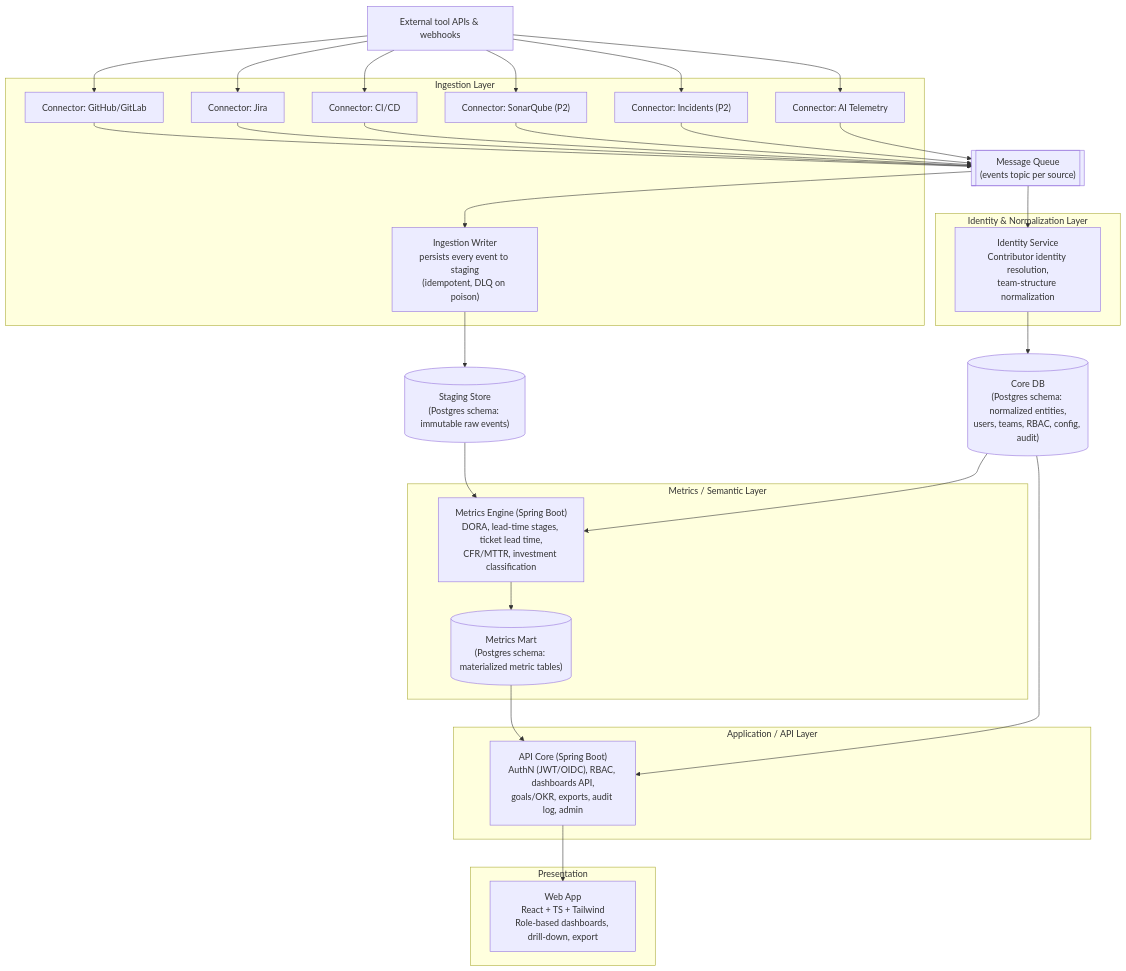
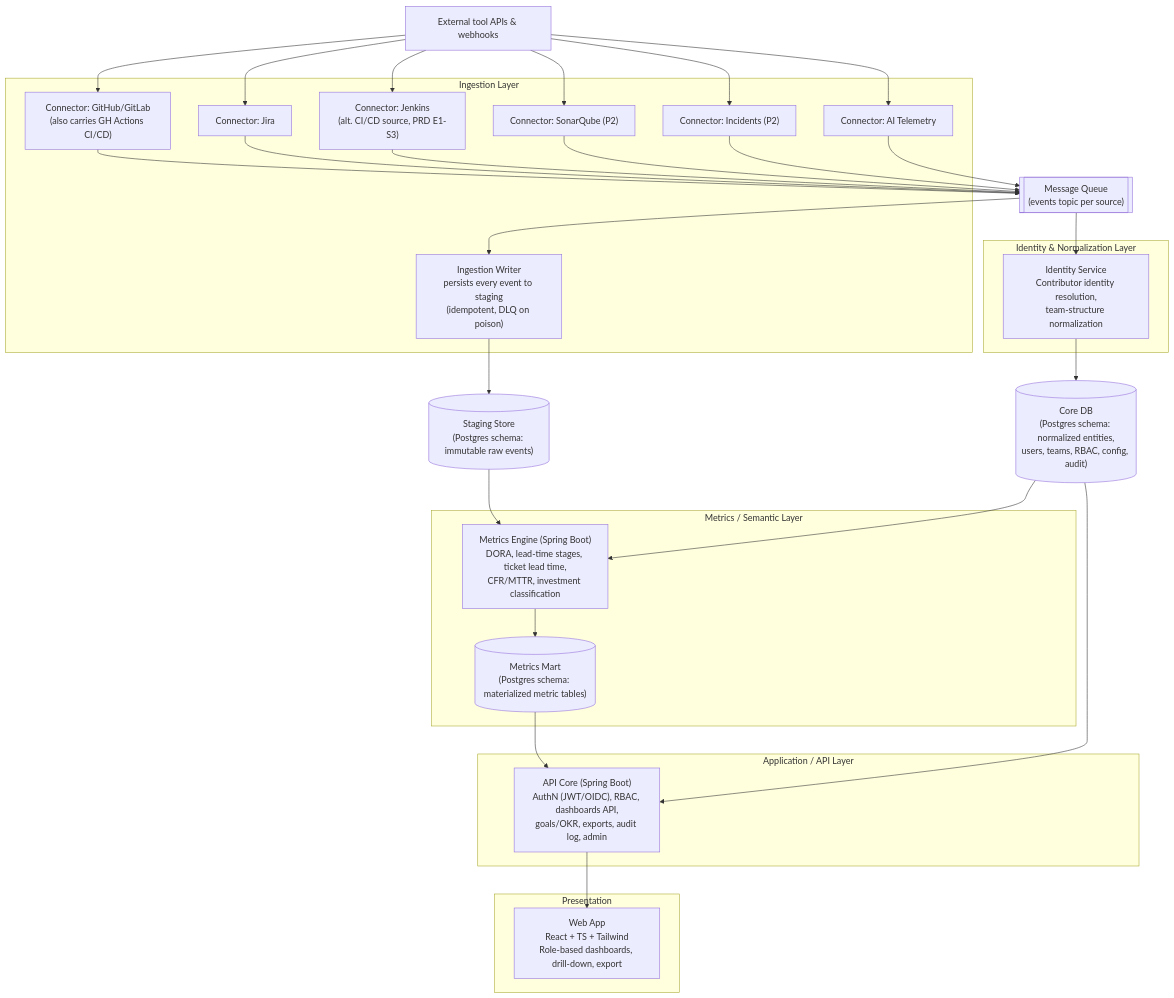
The second of 2 diagrams in docs/03-architecture/system-architecture.md (0pain01/AI_impact_analytical_program), drawn with Mermaid before and after one commit. The commit also changed 12 other files, not shown here.

First line of the commit message:
feat: add Jenkins CI/CD connector (E1-S3 alt. source alongside GitHub Actions)

````diff
--- a/docs/03-architecture/system-architecture.md
+++ b/docs/03-architecture/system-architecture.md
@@ -59,46 +59,46 @@
 ```mermaid
 flowchart TB
   subgraph Presentation
     FE["Web App<br/>React + TS + Tailwind<br/>Role-based dashboards, drill-down, export"]
   end
 
   subgraph Application_API["Application / API Layer"]
     API["API Core (Spring Boot)<br/>AuthN (JWT/OIDC), RBAC, dashboards API,<br/>goals/OKR, exports, audit log, admin"]
   end
 
   subgraph Semantic["Metrics / Semantic Layer"]
     ME["Metrics Engine (Spring Boot)<br/>DORA, lead-time stages, ticket lead time,<br/>CFR/MTTR, investment classification"]
     MART[("Metrics Mart<br/>(Postgres schema: materialized metric tables)")]
   end
 
   subgraph Normalization["Identity & Normalization Layer"]
     IDN["Identity Service<br/>Contributor identity resolution,<br/>team-structure normalization"]
   end
 
   subgraph Ingestion["Ingestion Layer"]
-    CGH["Connector: GitHub/GitLab"]
+    CGH["Connector: GitHub/GitLab<br/>(also carries GH Actions CI/CD)"]
     CJR["Connector: Jira"]
-    CCI["Connector: CI/CD"]
+    CJK["Connector: Jenkins<br/>(alt. CI/CD source, PRD E1-S3)"]
     CSQ["Connector: SonarQube (P2)"]
     CIN["Connector: Incidents (P2)"]
     CAI["Connector: AI Telemetry"]
     IW["Ingestion Writer<br/>persists every event to staging<br/>(idempotent, DLQ on poison)"]
   end
 
   MQ[["Message Queue<br/>(events topic per source)"]]
   STG[("Staging Store<br/>(Postgres schema: immutable raw events)")]
   CORE[("Core DB<br/>(Postgres schema: normalized entities,<br/>users, teams, RBAC, config, audit)")]
 
-  SRC["External tool APIs & webhooks"] --> CGH & CJR & CCI & CSQ & CIN & CAI
-  CGH & CJR & CCI & CSQ & CIN & CAI --> MQ
+  SRC["External tool APIs & webhooks"] --> CGH & CJR & CJK & CSQ & CIN & CAI
+  CGH & CJR & CJK & CSQ & CIN & CAI --> MQ
   MQ --> IW
   IW --> STG
   MQ --> IDN
   IDN --> CORE
   STG --> ME
   CORE --> ME
   ME --> MART
   MART --> API
   CORE --> API
   API --> FE
 ```
````
